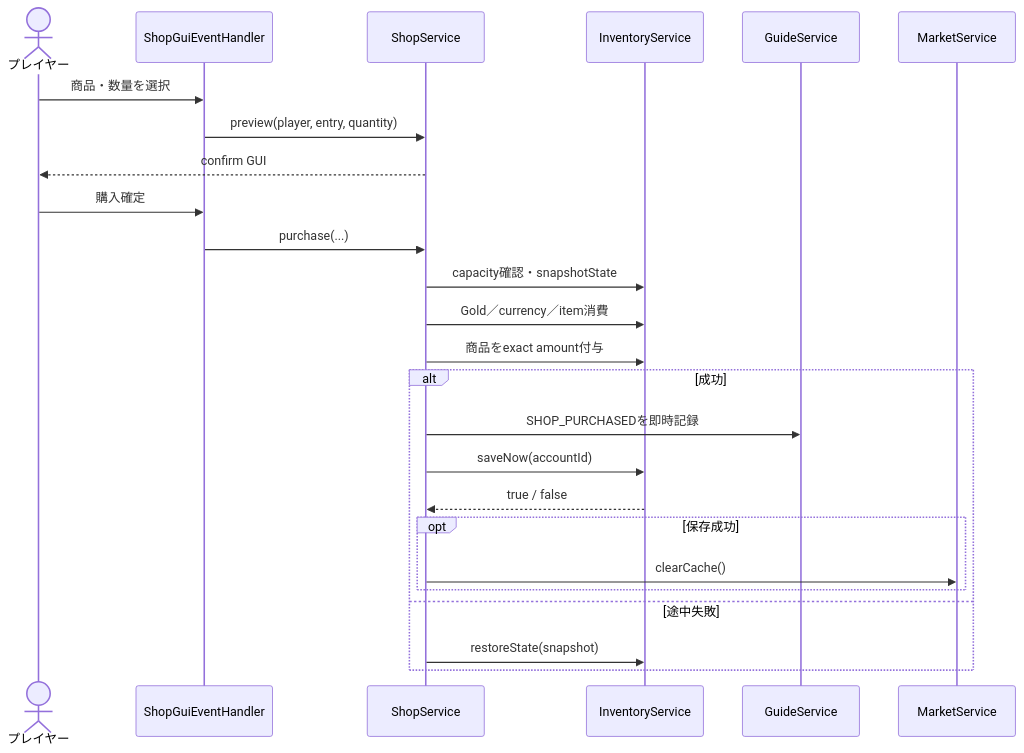
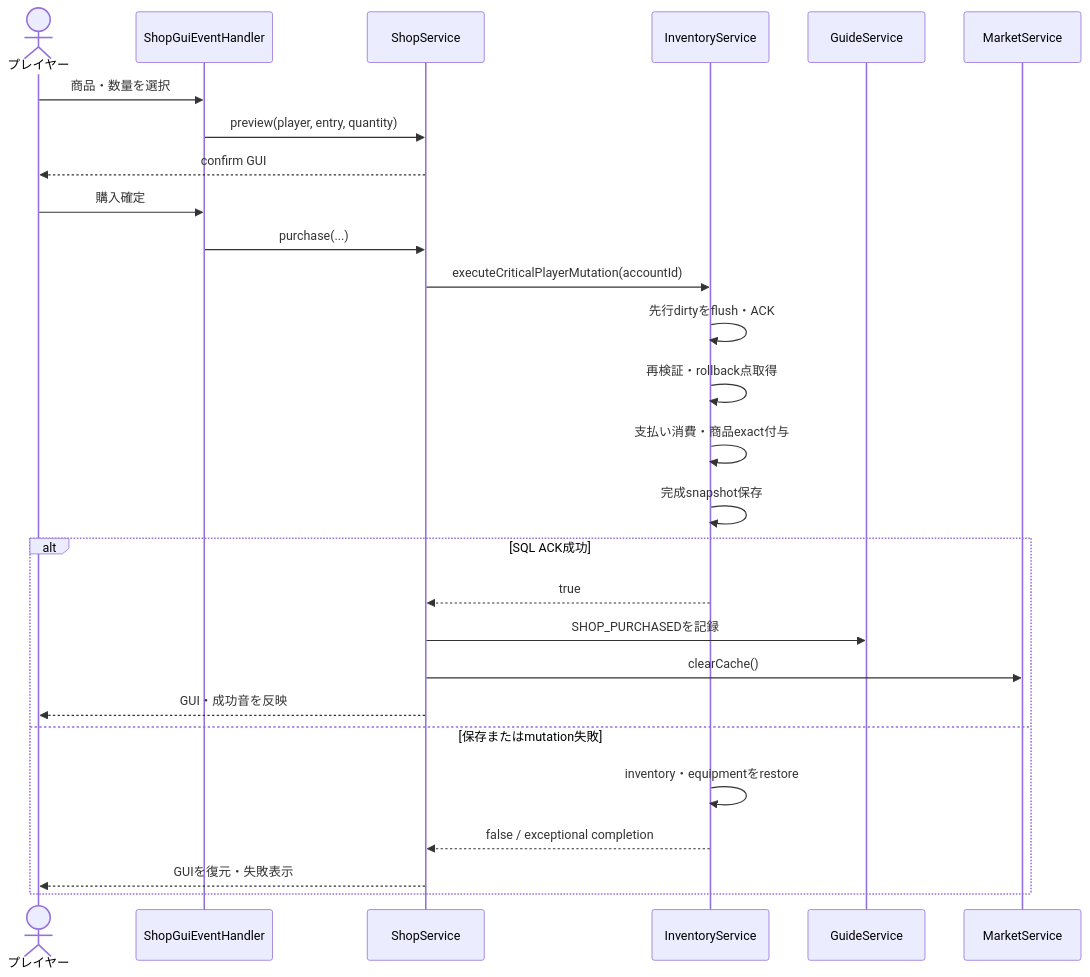
One commit to maaasu/AstralRecord-Workspace changed the third of 4 diagrams in 00_docs/10_Plugin設計書/feature/20-shop/20_4-統合フロー.md. Above: the diagram before and after it, drawn with Mermaid. The commit also changed other lines of this file and 213 other files, not shown here.

````diff
--- a/00_docs/10_Plugin設計書/feature/20-shop/20_4-統合フロー.md
+++ b/00_docs/10_Plugin設計書/feature/20-shop/20_4-統合フロー.md
@@ -62,27 +62,29 @@
 ```mermaid
 sequenceDiagram
     actor Player as プレイヤー
     participant Handler as ShopGuiEventHandler
     participant Shop as ShopService
     participant Inventory as InventoryService
     participant Guide as GuideService
     participant Market as MarketService
     Player->>Handler: 商品・数量を選択
     Handler->>Shop: preview(player, entry, quantity)
     Shop-->>Player: confirm GUI
     Player->>Handler: 購入確定
     Handler->>Shop: purchase(...)
-    Shop->>Inventory: capacity確認・snapshotState
-    Shop->>Inventory: Gold／currency／item消費
-    Shop->>Inventory: 商品をexact amount付与
-    alt 成功
-        Shop->>Guide: SHOP_PURCHASEDを即時記録
-        Shop->>Inventory: saveNow(accountId)
-        Inventory-->>Shop: true / false
-        opt 保存成功
-            Shop->>Market: clearCache()
-        end
-    else 途中失敗
-        Shop->>Inventory: restoreState(snapshot)
+    Shop->>Inventory: executeCriticalPlayerMutation(accountId)
+    Inventory->>Inventory: 先行dirtyをflush・ACK
+    Inventory->>Inventory: 再検証・rollback点取得
+    Inventory->>Inventory: 支払い消費・商品exact付与
+    Inventory->>Inventory: 完成snapshot保存
+    alt SQL ACK成功
+        Inventory-->>Shop: true
+        Shop->>Guide: SHOP_PURCHASEDを記録
+        Shop->>Market: clearCache()
+        Shop-->>Player: GUI・成功音を反映
+    else 保存またはmutation失敗
+        Inventory->>Inventory: inventory・equipmentをrestore
+        Inventory-->>Shop: false / exceptional completion
+        Shop-->>Player: GUIを復元・失敗表示
     end
 ```
````
